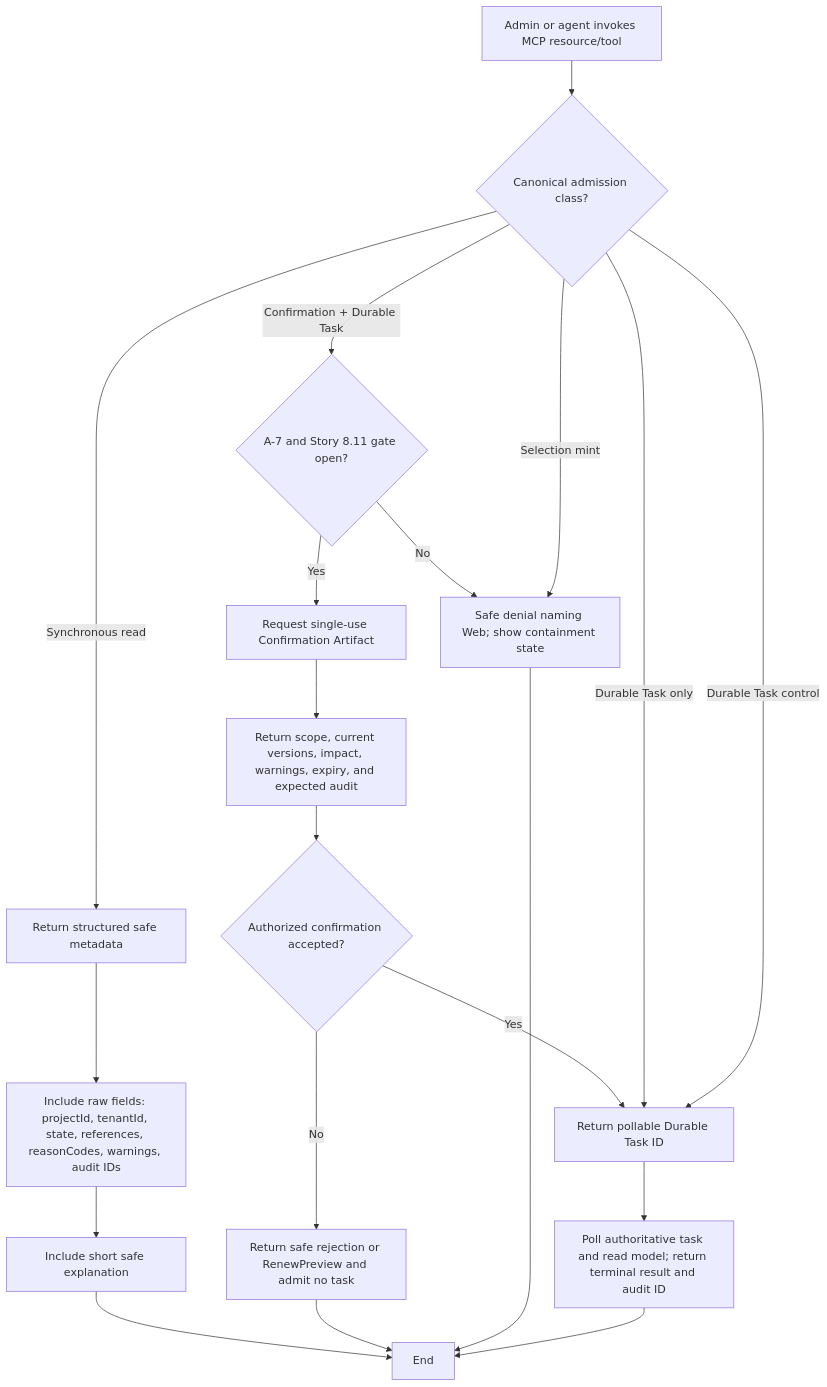
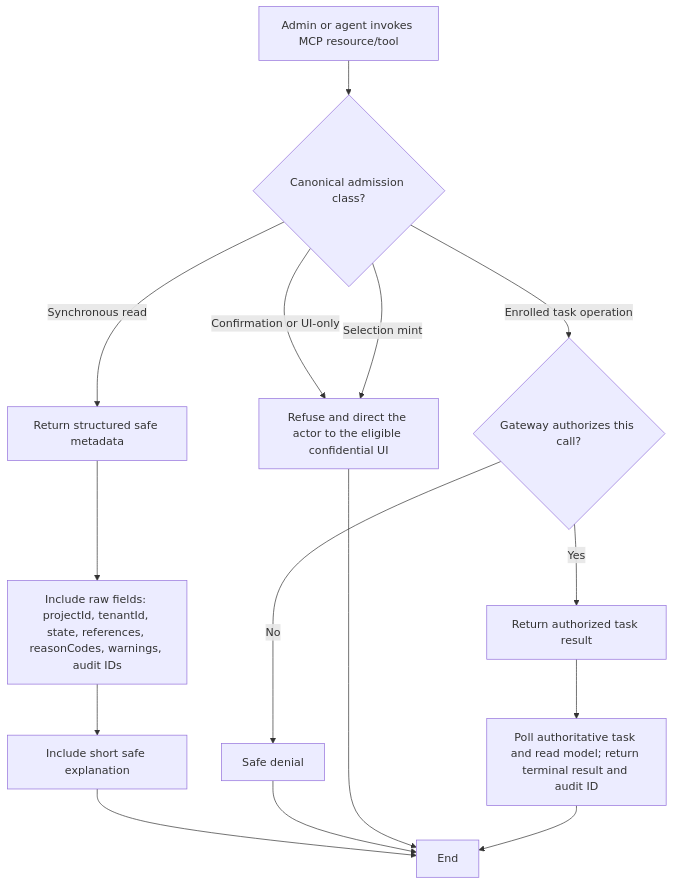
Before and after one commit to Hexalith/Hexalith.Projects: the third of 3 diagrams in _bmad-output/planning-artifacts/ux-design-specification.md, drawn with Mermaid. The commit also changed other lines of this file and 6 other files, not shown here.

````diff
--- a/_bmad-output/planning-artifacts/ux-design-specification.md
+++ b/_bmad-output/planning-artifacts/ux-design-specification.md
@@ -710,22 +713,17 @@
 ```mermaid
 flowchart TD
     A[Admin or agent invokes MCP resource/tool] --> B{Canonical admission class?}
     B -- Synchronous read --> C[Return structured safe metadata]
     C --> D[Include raw fields: projectId, tenantId, state, references, reasonCodes, warnings, audit IDs]
     D --> E[Include short safe explanation]
-    B -- Confirmation + Durable Task --> GATE{A-7 and Story 8.11 gate open?}
-    GATE -- No --> CLOSED[Safe denial naming Web; show containment state]
-    GATE -- Yes --> F[Request single-use Confirmation Artifact]
-    F --> G[Return scope, current versions, impact, warnings, expiry, and expected audit]
-    G --> H{Authorized confirmation accepted?}
-    H -- No --> I[Return safe rejection or RenewPreview and admit no task]
-    H -- Yes --> J[Return pollable Durable Task ID]
-    B -- Durable Task only --> J
-    B -- Durable Task control --> J
+    B -- Confirmation or UI-only --> CLOSED[Refuse and direct the actor to the eligible confidential UI]
+    B -- Enrolled task operation --> AUTH{Gateway authorizes this call?}
+    AUTH -- Yes --> J[Return authorized task result]
+    AUTH -- No --> CLOSED_AUTH[Safe denial]
     B -- Selection mint --> CLOSED
     J --> K[Poll authoritative task and read model; return terminal result and audit ID]
     E --> L[End]
-    I --> L
+    CLOSED_AUTH --> L
     CLOSED --> L
     K --> L
 ```
````
